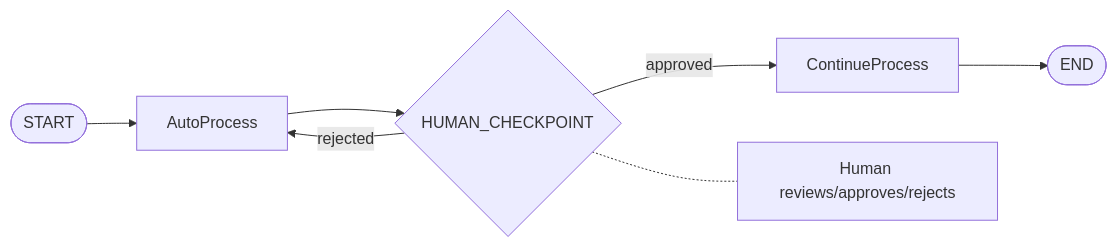
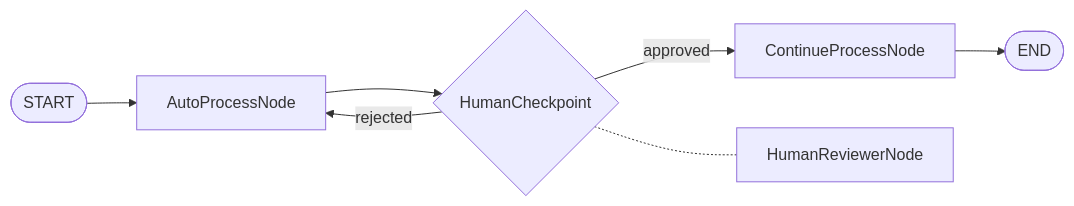
One commit to Proact0/Act-Operator changed diagram 11 of 13 in act_operator/act_operator/scaffold/{{ cookiecutter.act_slug }}/.claude/skills/act-architect/resources/agentic-design-patterns.md. Above: the diagram before and after it, drawn with Mermaid. The commit also changed other lines of this file and 9 other files, not shown here.

Commit message:
Update version to 0.2.4, add new template paths for improved project scaffolding, and enhance documentation for interactive conversation protocols in the act-architect skill.

````diff
--- a/act_operator/act_operator/scaffold/{{ cookiecutter.act_slug }}/.claude/skills/act-architect/resources/agentic-design-patterns.md
+++ b/act_operator/act_operator/scaffold/{{ cookiecutter.act_slug }}/.claude/skills/act-architect/resources/agentic-design-patterns.md
@@ -294,7 +303,9 @@
 ```mermaid
 graph LR
-    START([START]) --> AutoProcess --> CHECKPOINT{HUMAN_CHECKPOINT}
-    CHECKPOINT -->|approved| ContinueProcess --> END([END])
-    CHECKPOINT -->|rejected| AutoProcess
-    CHECKPOINT -.- Human["Human reviews/approves/rejects"]
+    START([START]) --> A[AutoProcessNode]
+    A --> B{HumanCheckpoint}
+    B -->|approved| C[ContinueProcessNode]
+    C --> END([END])
+    B -->|rejected| A
+    B -.- D[HumanReviewerNode]
 ```
````
